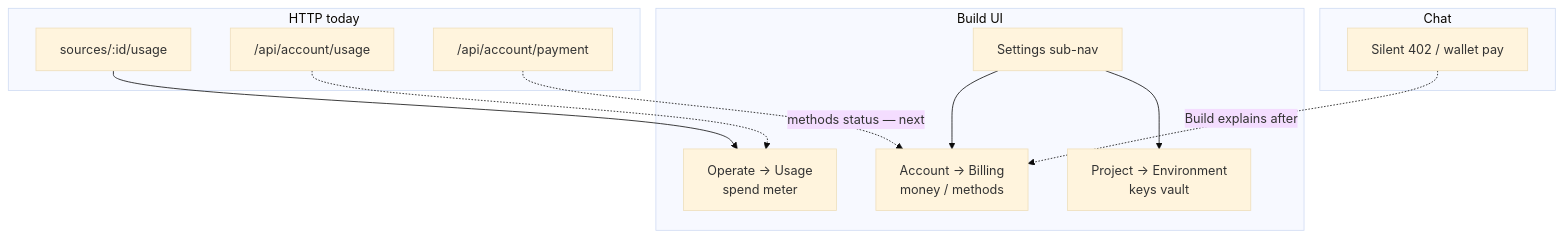
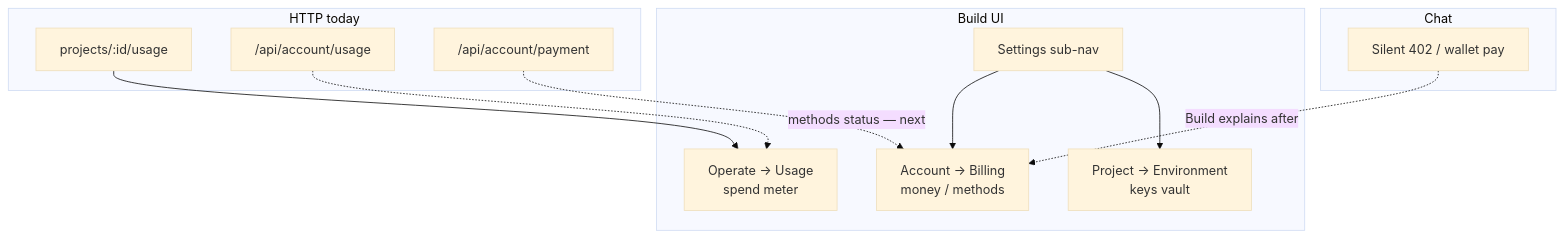
The fourth of 4 diagrams in apps/build/BILLING-EXPERIENCE.md (aomi-labs/aomi-widget), drawn with Mermaid (base theme) before and after one commit. The commit also changed other lines of this file and 155 other files, not shown here.

````diff
--- a/apps/build/BILLING-EXPERIENCE.md
+++ b/apps/build/BILLING-EXPERIENCE.md
@@ -120,26 +120,26 @@
 ```mermaid
 flowchart TB
   subgraph build [Build UI]
     ENV["Project → Environment<br/>keys vault"]
     USAGE["Operate → Usage<br/>spend meter"]
     BILL["Account → Billing<br/>money / methods"]
     NAV["Settings sub-nav"]
   end
 
   subgraph chat [Chat]
     PAY["Silent 402 / wallet pay"]
   end
 
   subgraph api [HTTP today]
-    U1["sources/:id/usage"]
+    U1["projects/:id/usage"]
     U2["/api/account/usage"]
     P1["/api/account/payment"]
   end
 
   U1 --> USAGE
   U2 -.-> USAGE
   P1 -.->|"methods status — next"| BILL
   NAV --> BILL
   NAV --> ENV
   PAY -.->|"Build explains after"| BILL
 ```
````
